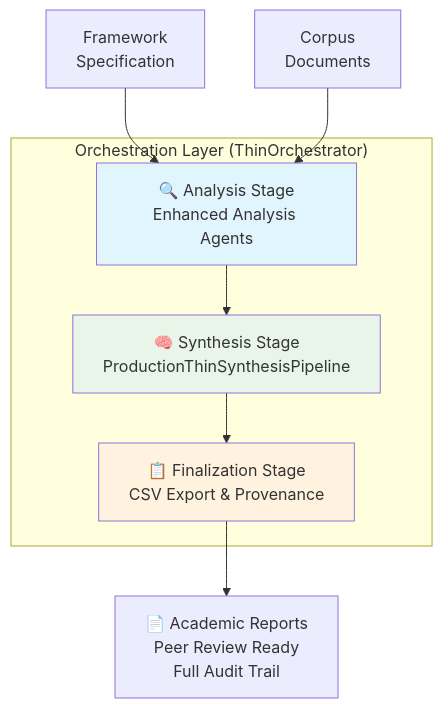
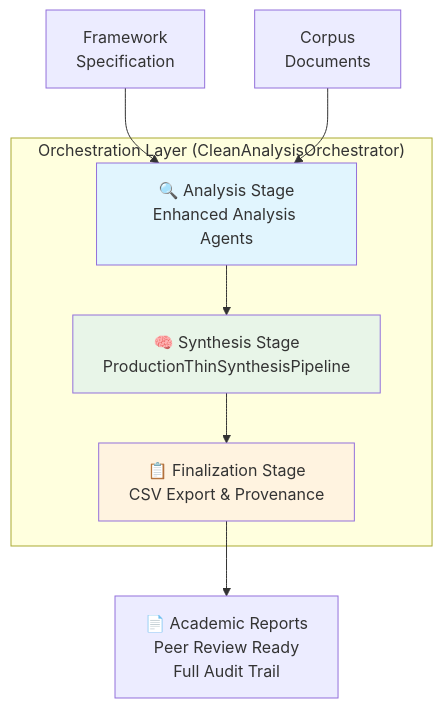
Before and after one commit to discernus/discernus: the diagram in docs/architecture/DISCERNUS_SYSTEM_ARCHITECTURE.md, drawn with Mermaid. The commit also changed other lines of this file and 286 other files, not shown here.

````diff
--- a/docs/architecture/DISCERNUS_SYSTEM_ARCHITECTURE.md
+++ b/docs/architecture/DISCERNUS_SYSTEM_ARCHITECTURE.md
@@ -162,16 +162,16 @@
 ```mermaid
 graph TD
-    subgraph "Orchestration Layer (ThinOrchestrator)"
+    subgraph "Orchestration Layer (CleanAnalysisOrchestrator)"
         A["🔍 Analysis Stage<br/>Enhanced Analysis Agents"] --> B["🧠 Synthesis Stage<br/>ProductionThinSynthesisPipeline"]
         B --> C["📋 Finalization Stage<br/>CSV Export & Provenance"]
     end
     
     A1["Framework<br/>Specification"] --> A
     A2["Corpus<br/>Documents"] --> A
     
     C --> E["📄 Academic Reports<br/>Peer Review Ready<br/>Full Audit Trail"]
     
     style A fill:#e1f5fe
     style B fill:#e8f5e8
     style C fill:#fff3e0
 ```
````
